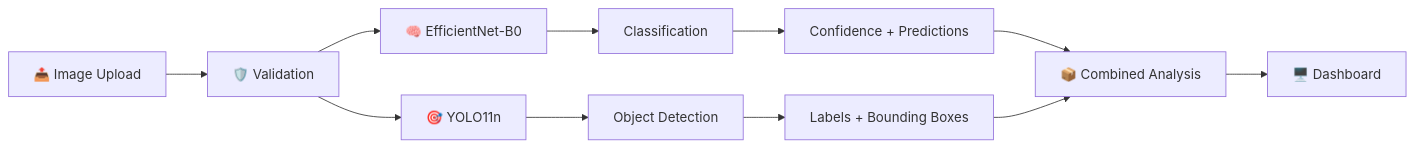
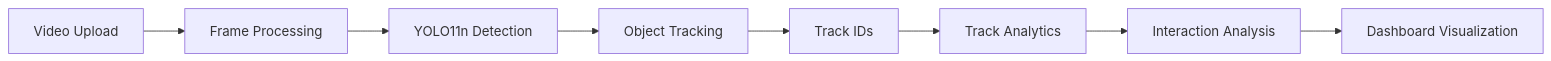
One commit to Debankumardas/AI-Visual-Intelligence-API changed the first of 6 diagrams in README.md. Above: the diagram before and after it, drawn with Mermaid. The commit also changed other lines of this file, not shown here.

````diff
--- a/README.md
+++ b/README.md
@@ -129,19 +186,10 @@
 ```mermaid
 flowchart LR
-
-    A[📤 Image Upload] --> B[🛡️ Validation]
-
-    B --> C[🧠 EfficientNet-B0]
-    B --> D[🎯 YOLO11n]
-
-    C --> E[Classification]
-    D --> F[Object Detection]
-
-    E --> G[Confidence + Predictions]
-    F --> H[Labels + Bounding Boxes]
-
-    G --> I[📦 Combined Analysis]
-    H --> I
-
-    I --> J[🖥️ Dashboard]
+    A[Video Upload] --> B[Frame Processing]
+    B --> C[YOLO11n Detection]
+    C --> D[Object Tracking]
+    D --> E[Track IDs]
+    E --> F[Track Analytics]
+    F --> G[Interaction Analysis]
+    G --> H[Dashboard Visualization]
 ```
````
